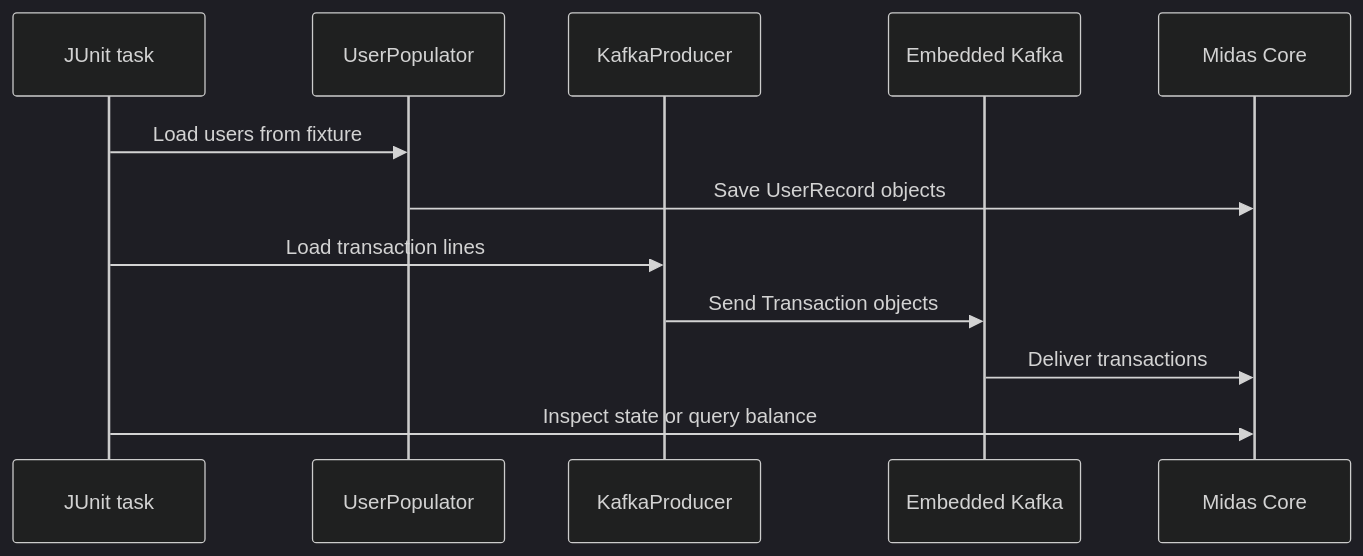
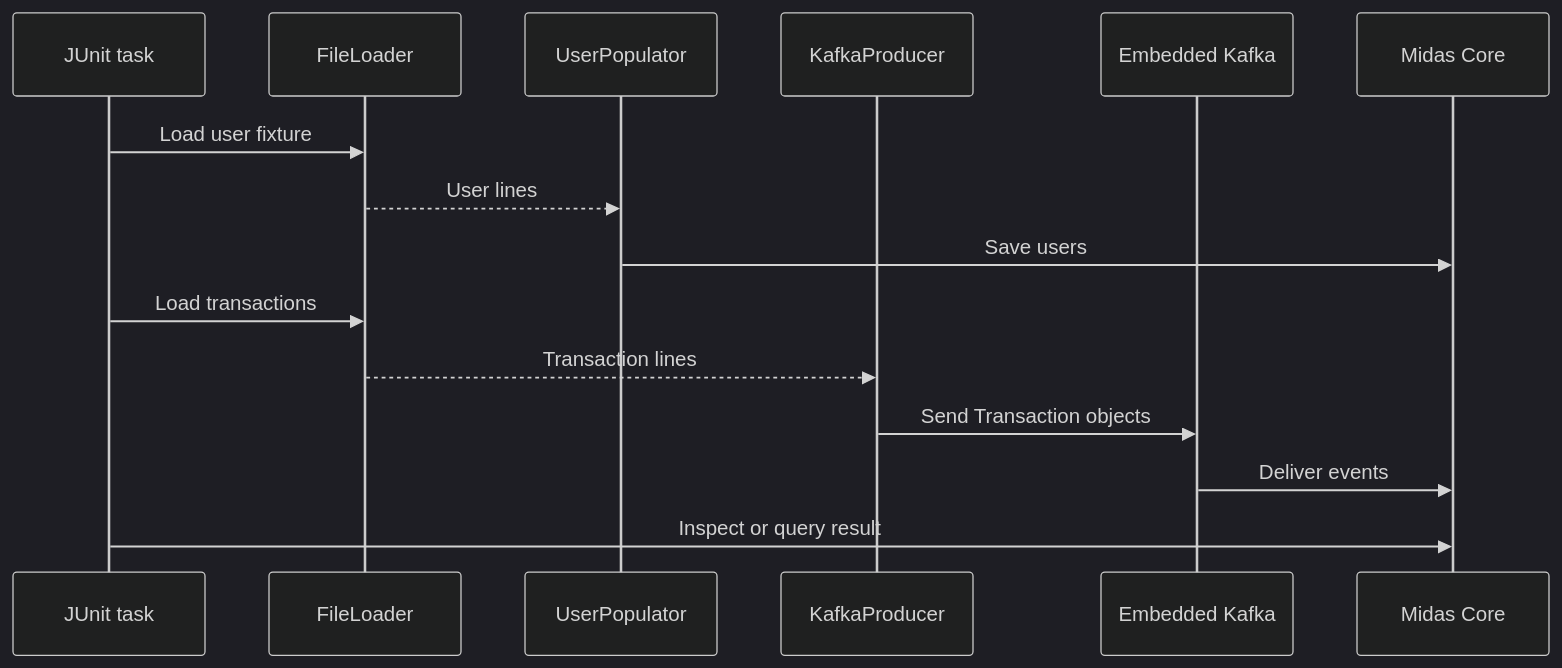
Before and after one commit to SidheshwarSarangal/forage-midas: the third of 4 diagrams in docs/testing-and-runbook.md, drawn with Mermaid (dark theme). The commit also changed other lines of this file and 4 other files, not shown here.

````diff
--- a/docs/testing-and-runbook.md
+++ b/docs/testing-and-runbook.md
@@ -27,15 +26,18 @@
 ```mermaid
 sequenceDiagram
     participant J as JUnit task
+    participant F as FileLoader
     participant U as UserPopulator
     participant P as KafkaProducer
     participant K as Embedded Kafka
     participant M as Midas Core
 
-    J->>U: Load users from fixture
-    U->>M: Save UserRecord objects
-    J->>P: Load transaction lines
+    J->>F: Load user fixture
+    F-->>U: User lines
+    U->>M: Save users
+    J->>F: Load transactions
+    F-->>P: Transaction lines
     P->>K: Send Transaction objects
-    K->>M: Deliver transactions
-    J->>M: Inspect state or query balance
+    K->>M: Deliver events
+    J->>M: Inspect or query result
 ```
````
